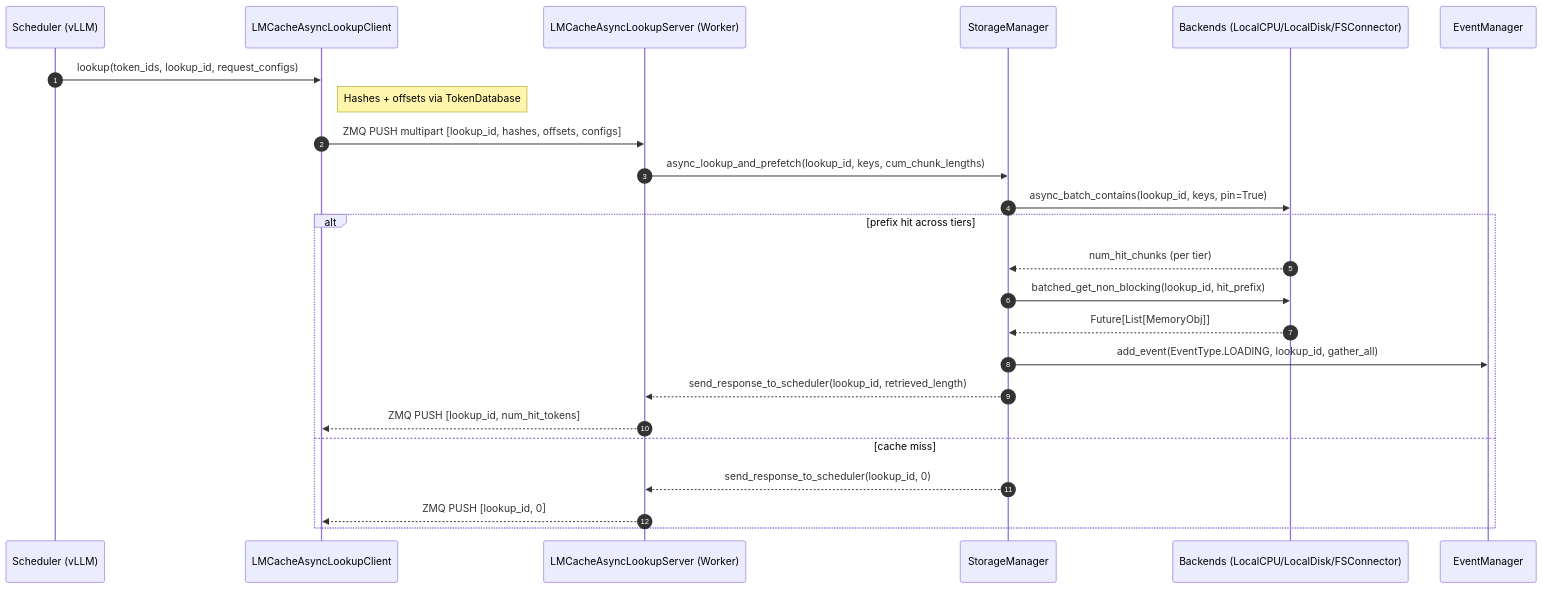
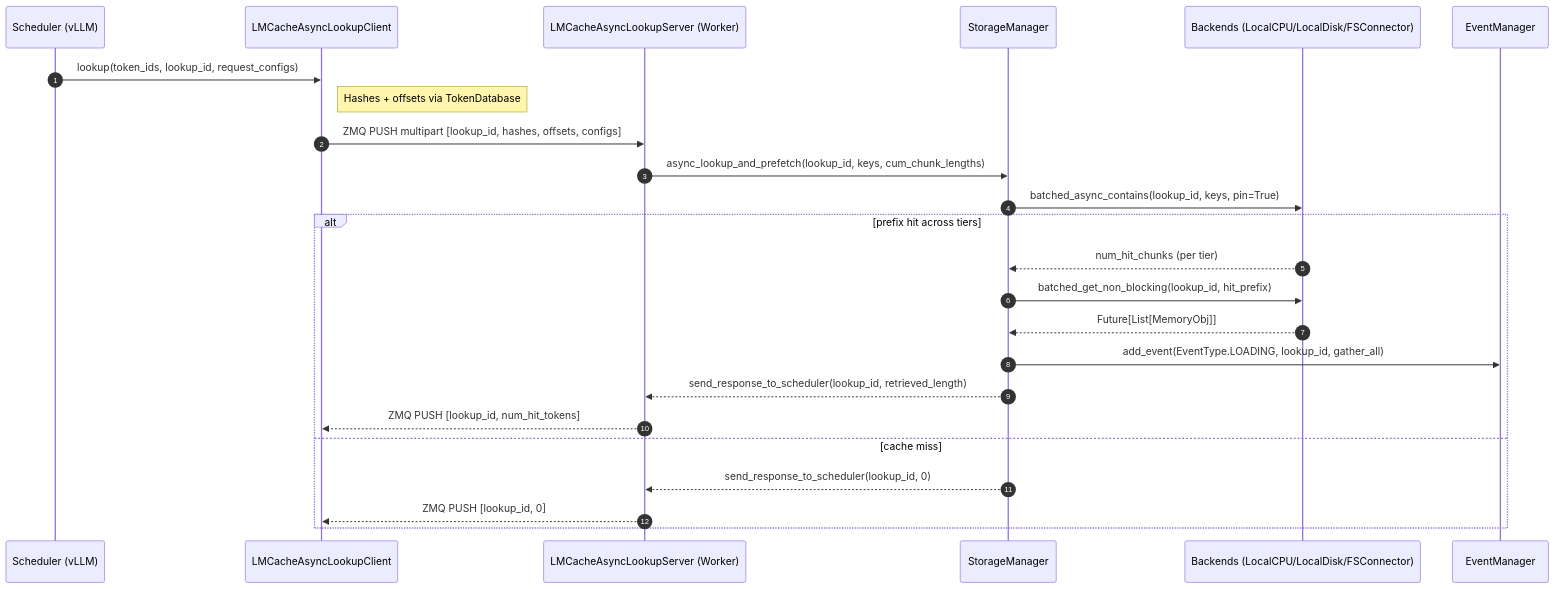
The first of 2 diagrams in docs/source/kv_cache/async_loading.rst (LMCache/LMCache), drawn with Mermaid before and after one commit. The commit also changed other lines of this file, not shown here.

Commit message:
Fix the name of method from async_batch_contains to the correct batched_async_contains

```diff
--- a/docs/source/kv_cache/async_loading.rst
+++ b/docs/source/kv_cache/async_loading.rst
@@ -33,27 +33,27 @@
 .. mermaid::
 
    sequenceDiagram
      autonumber
      participant S as Scheduler (vLLM)
      participant LC as LMCacheAsyncLookupClient
      participant WS as LMCacheAsyncLookupServer (Worker)
      participant SM as StorageManager
      participant BE as Backends (LocalCPU/LocalDisk/FSConnector)
      participant EM as EventManager
 
      S->>LC: lookup(token_ids, lookup_id, request_configs)
      note right of LC: Hashes + offsets via TokenDatabase
      LC->>WS: ZMQ PUSH multipart [lookup_id, hashes, offsets, configs]
      WS->>SM: async_lookup_and_prefetch(lookup_id, keys, cum_chunk_lengths)
-     SM->>BE: async_batch_contains(lookup_id, keys, pin=True)
+     SM->>BE: batched_async_contains(lookup_id, keys, pin=True)
      alt prefix hit across tiers
        BE-->>SM: num_hit_chunks (per tier)
        SM->>BE: batched_get_non_blocking(lookup_id, hit_prefix)
        BE-->>SM: Future[List[MemoryObj]]
        SM->>EM: add_event(EventType.LOADING, lookup_id, gather_all)
        SM-->>WS: send_response_to_scheduler(lookup_id, retrieved_length)
        WS-->>LC: ZMQ PUSH [lookup_id, num_hit_tokens]
      else cache miss
        SM-->>WS: send_response_to_scheduler(lookup_id, 0)
        WS-->>LC: ZMQ PUSH [lookup_id, 0]
      end
```
